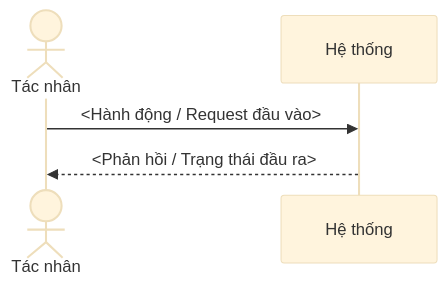
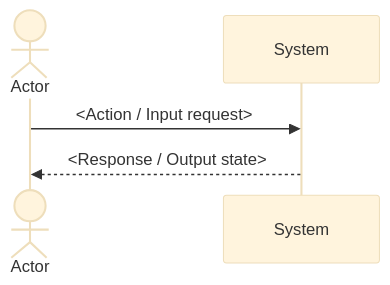
One commit to huongmh14/writing-spec-for-ai changed the diagram in skills/writing-spec-simple/templates/SPEC.simple.md. Above: the diagram before and after it, drawn with Mermaid (base theme). The commit also changed other lines of this file and 71 other files, not shown here.

````diff
--- a/skills/writing-spec-simple/templates/SPEC.simple.md
+++ b/skills/writing-spec-simple/templates/SPEC.simple.md
@@ -37,7 +37,7 @@
 ```mermaid
 sequenceDiagram
-    actor U as Tác nhân
-    participant S as Hệ thống
-    U->>S: <Hành động / Request đầu vào>
-    S-->>U: <Phản hồi / Trạng thái đầu ra>
+    actor U as Actor
+    participant S as System
+    U->>S: <Action / Input request>
+    S-->>U: <Response / Output state>
 ```
````
